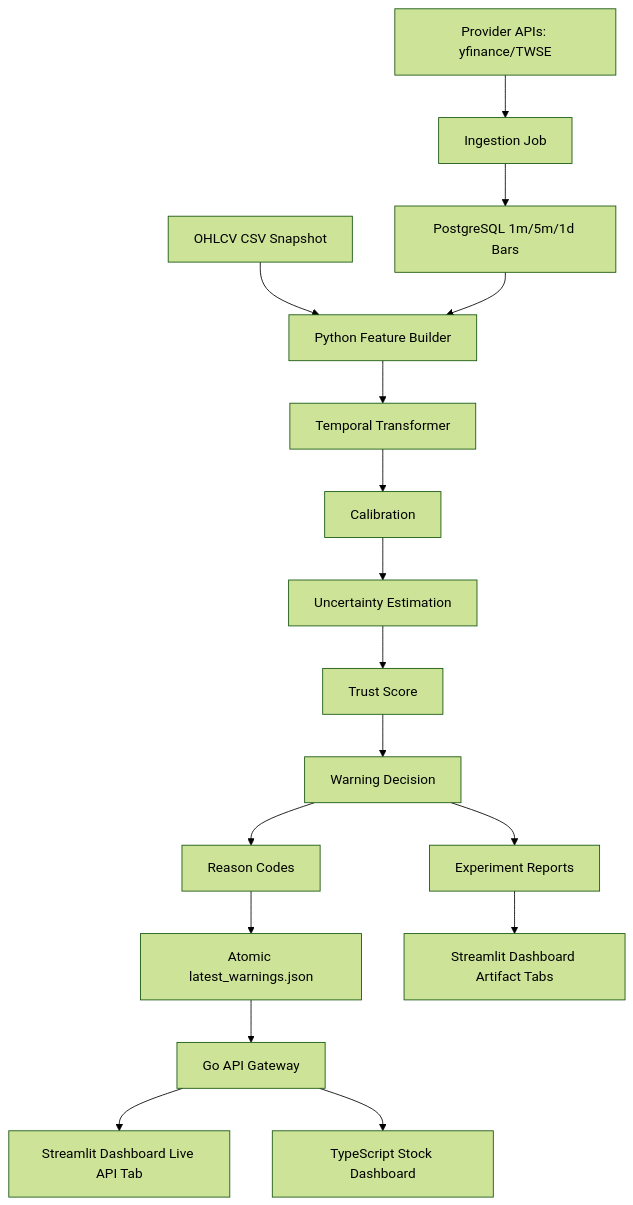
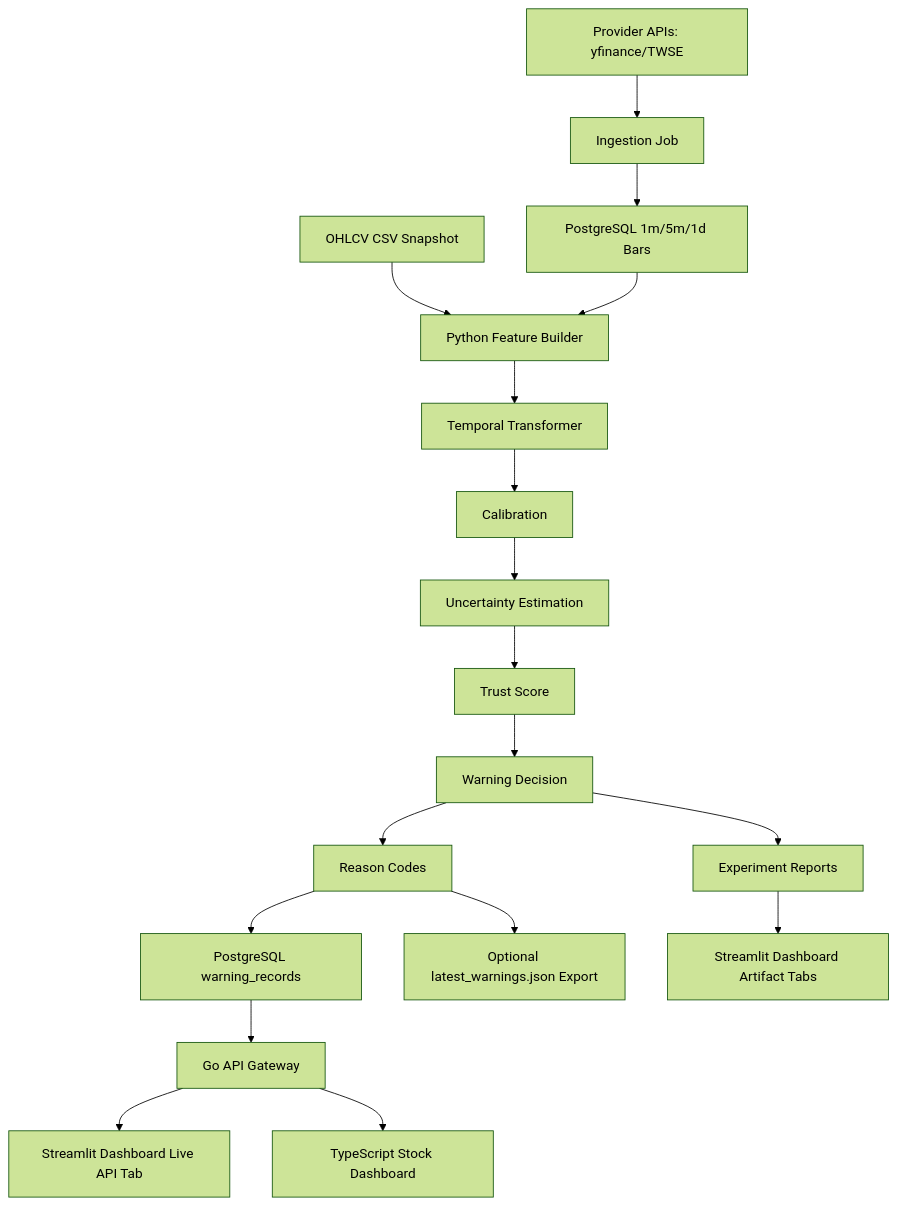
One commit to KageRyo/trustworthy-stock-intelligence changed the diagram in docs/architecture.md. Above: the diagram before and after it, drawn with Mermaid (forest theme). The commit also changed other lines of this file and 6 other files, not shown here.

````diff
--- a/docs/architecture.md
+++ b/docs/architecture.md
@@ -6,19 +6,20 @@
 ```mermaid
 flowchart TD
     P[Provider APIs: yfinance/TWSE] --> Q[Ingestion Job]
     Q --> R[PostgreSQL 1m/5m/1d Bars]
     A[OHLCV CSV Snapshot] --> B[Python Feature Builder]
     R --> B
     B --> C[Temporal Transformer]
     C --> D[Calibration]
     D --> E[Uncertainty Estimation]
     E --> F[Trust Score]
     F --> G[Warning Decision]
     G --> H[Reason Codes]
-    H --> I[Atomic latest_warnings.json]
+    H --> I[PostgreSQL warning_records]
+    H --> O[Optional latest_warnings.json Export]
     I --> J[Go API Gateway]
     J --> K[Streamlit Dashboard Live API Tab]
     J --> N[TypeScript Stock Dashboard]
     G --> L[Experiment Reports]
     L --> M[Streamlit Dashboard Artifact Tabs]
 ```
````
